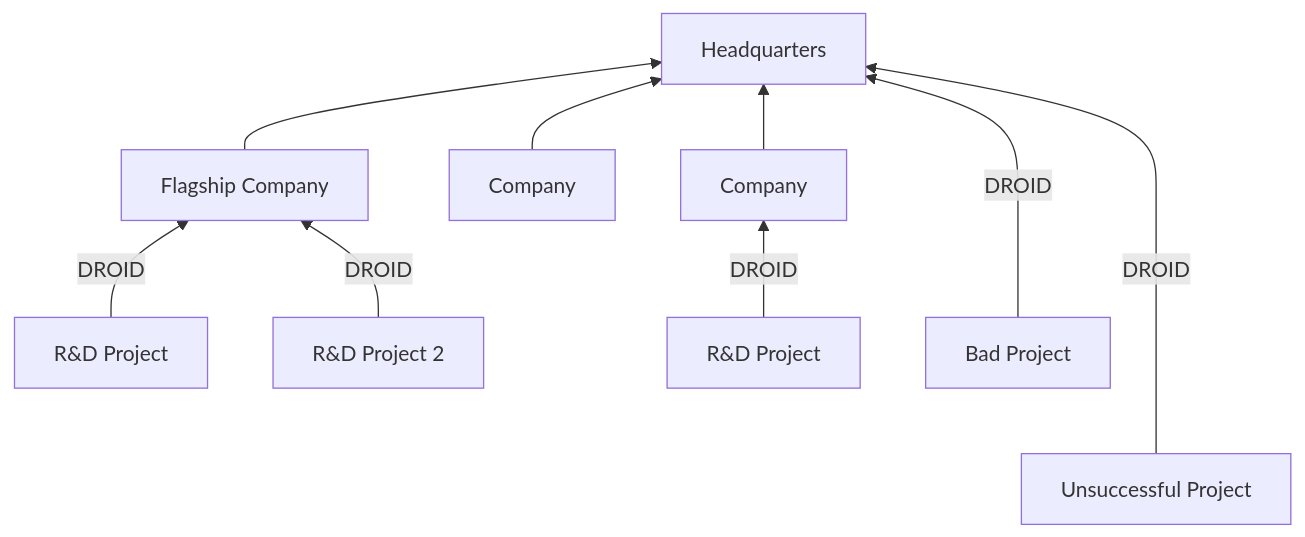
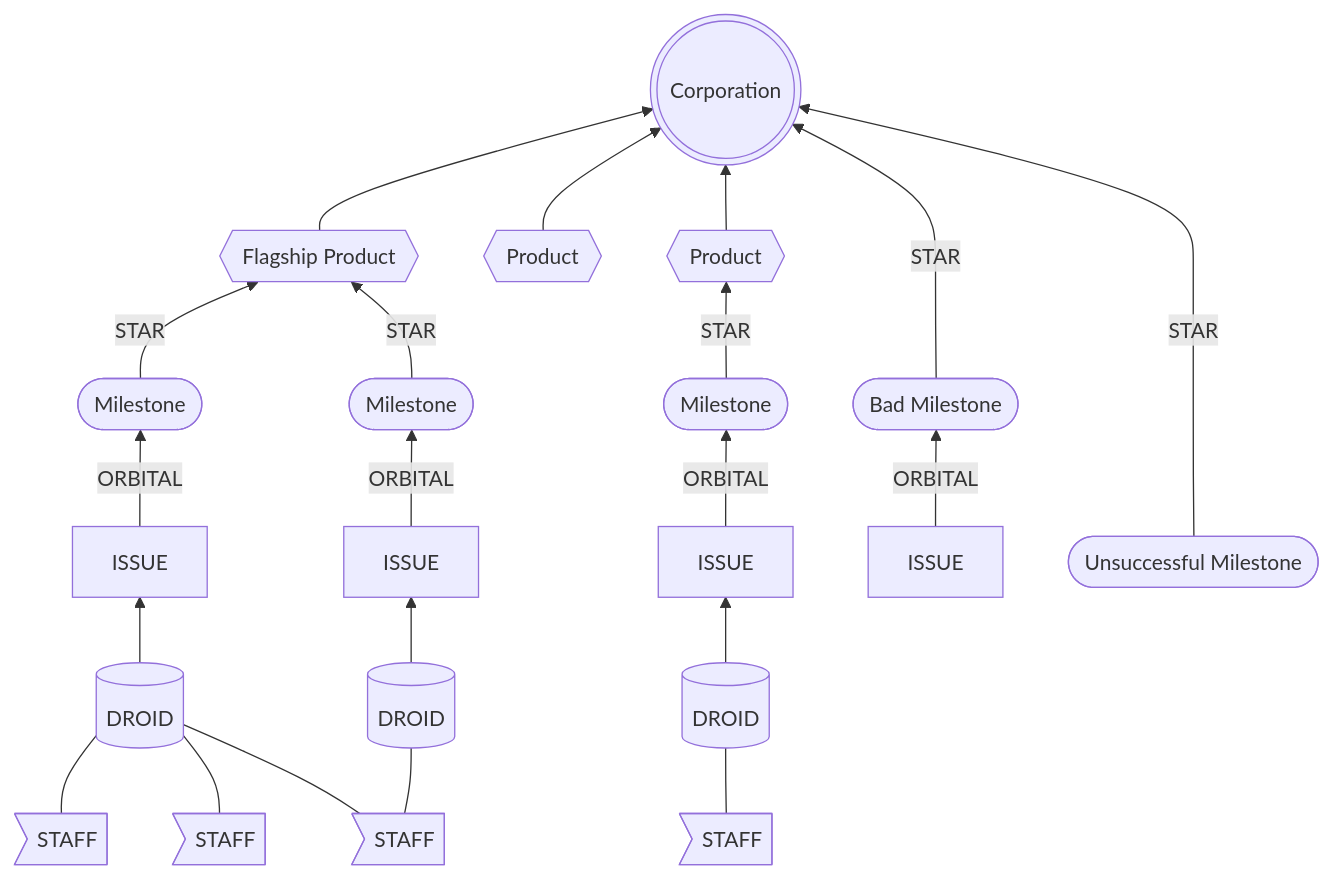
Before and after one commit to bjornmage/BUF: the third of 3 diagrams in README.md, drawn with Mermaid.

````diff
--- a/README.md
+++ b/README.md
@@ -94,11 +94,12 @@
 ```mermaid 
 graph BT
-O[Flagship Company]-->N[Headquarters]
-P[Company]-->N[Headquarters]
-V[Company]-->N[Headquarters]
-W[R&D Project]--DROID-->V[Company]
-Q[R&D Project]--DROID-->O[Flagship Company]
-R[R&D Project 2]--DROID-->O[Flagship Company]
-S[Bad Project]--DROID--->N[Headquarters]
-T[Unsuccessful Project]--DROID---->N[Headquarters]
+O{{Flagship Product}}-->id1(((Corporation)))
+P{{Product}}-->id1(((Corporation)))
+ZA>STAFF]---DRZ[(DROID)]-->XA[ISSUE]--ORBITAL-->W([Milestone])--STAR-->V{{Product}}-->id1(((Corporation)))
+ZB>STAFF]---DR[(DROID)]-->XC[ISSUE]--ORBITAL-->Q([Milestone])--STAR-->O{{Flagship Product}}
+ZE>STAFF]---DR[(DROID)]
+ZF>STAFF]---DR[(DROID)]
+ZF>STAFF]---Du[(DROID)]-->XD[ISSUE]--ORBITAL-->R([Milestone])--STAR-->O{{Flagship Product}}
+XE[ISSUE]--ORBITAL-->S([Bad Milestone])--STAR--->id1(((Corporation)))
+T([Unsuccessful Milestone])--STAR---->id1(((Corporation)))
 ```
````
